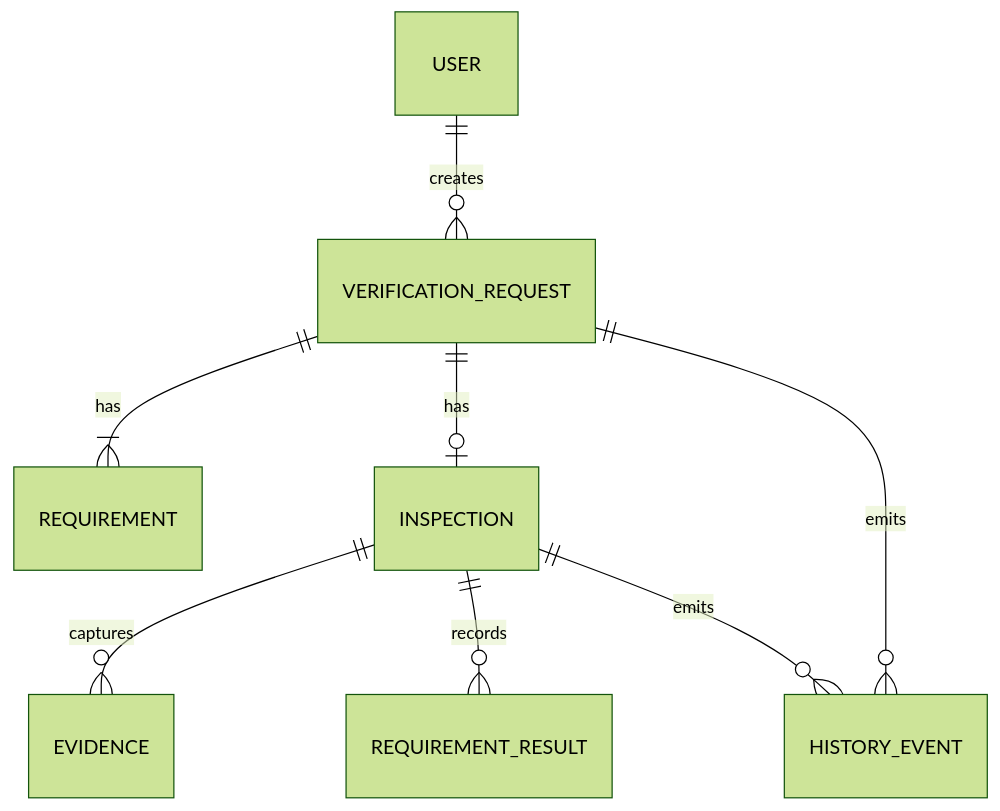
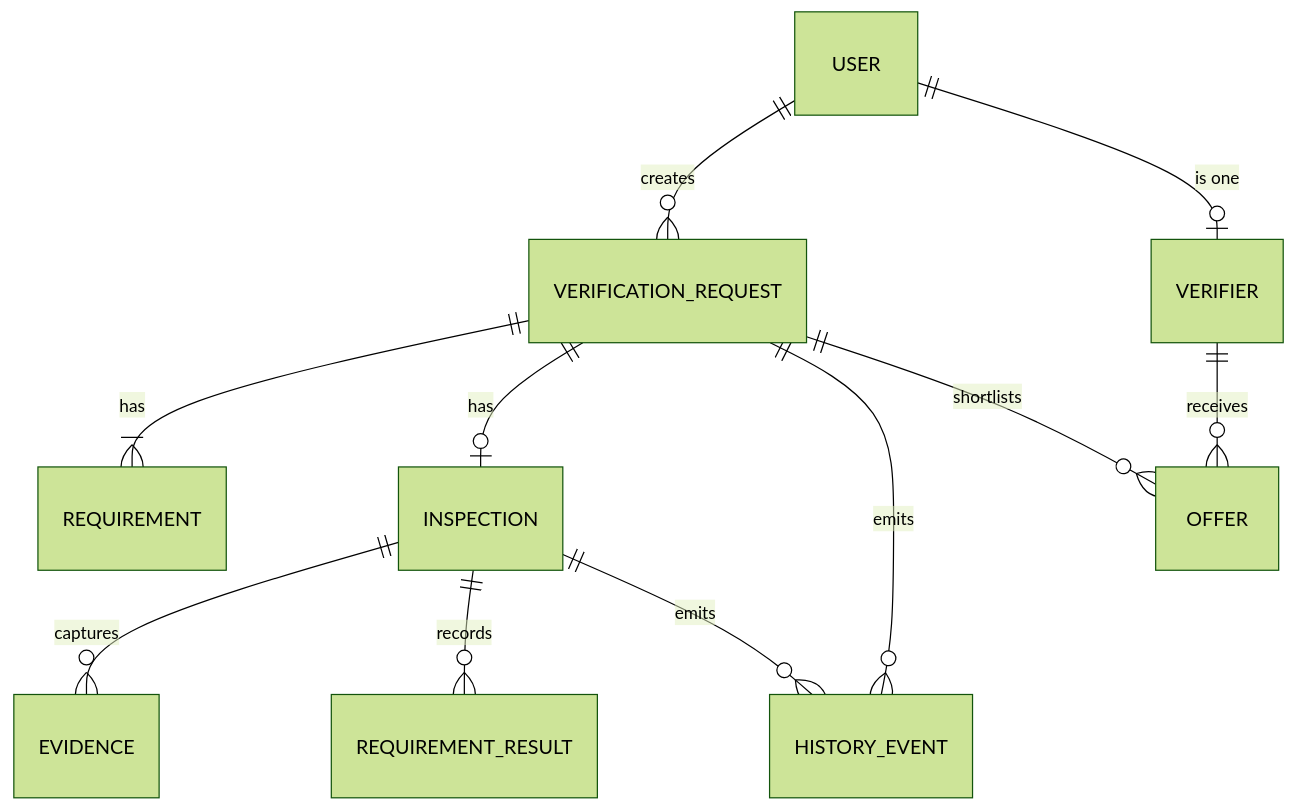
One commit to Franck-Sorel/douala-trust changed the diagram in 2-design/data-model.md. Above: the diagram before and after it, drawn with Mermaid (forest theme). The commit also changed other lines of this file and 13 other files, not shown here.

````diff
--- a/2-design/data-model.md
+++ b/2-design/data-model.md
@@ -15,10 +15,13 @@
 ```mermaid
 erDiagram
   USER ||--o{ VERIFICATION_REQUEST : creates
   VERIFICATION_REQUEST ||--|{ REQUIREMENT : has
   VERIFICATION_REQUEST ||--o| INSPECTION : has
   INSPECTION ||--o{ EVIDENCE : captures
   INSPECTION ||--o{ REQUIREMENT_RESULT : records
   INSPECTION ||--o{ HISTORY_EVENT : emits
   VERIFICATION_REQUEST ||--o{ HISTORY_EVENT : emits
+  USER ||--o| VERIFIER : "is one"
+  VERIFIER ||--o{ OFFER : receives
+  VERIFICATION_REQUEST ||--o{ OFFER : "shortlists"
 ```
````
